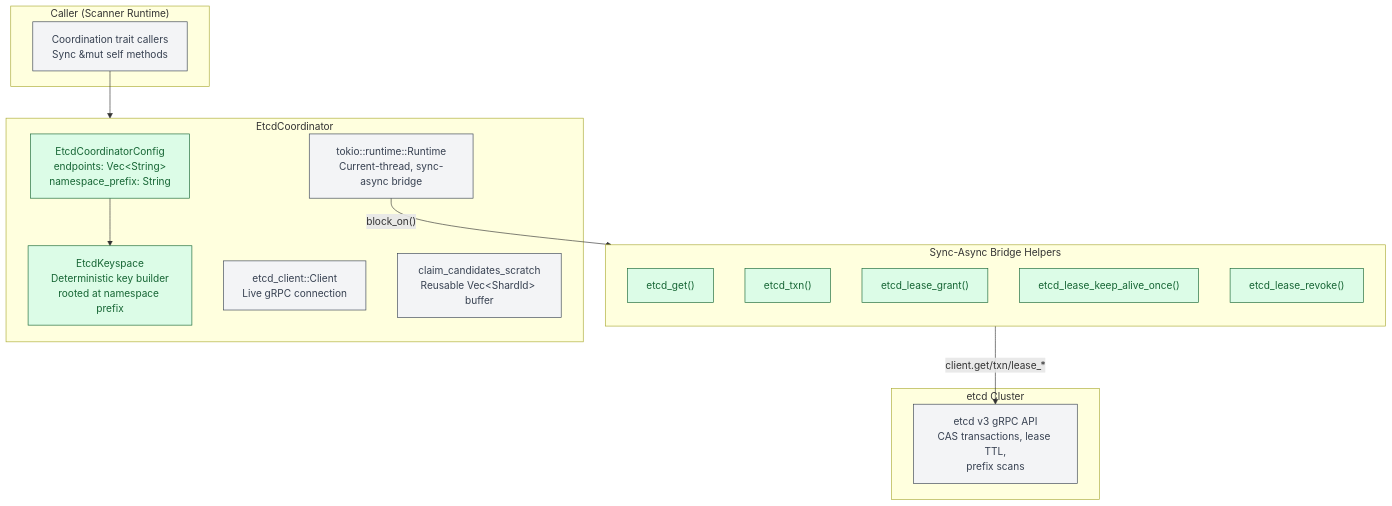
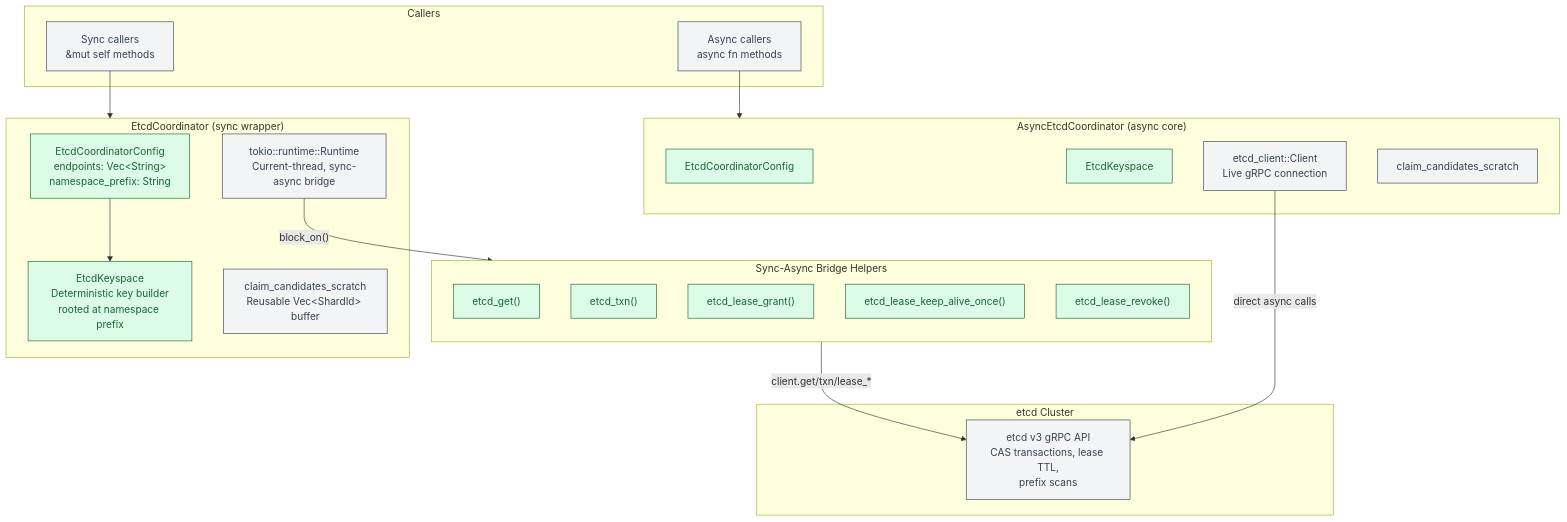
One commit to ahrav/Gossip-rs changed the first of 6 diagrams in diagrams/20-etcd-coordinator-persistence.md. Above: the diagram before and after it, drawn with Mermaid. The commit also changed other lines of this file and 18 other files, not shown here.

````diff
--- a/diagrams/20-etcd-coordinator-persistence.md
+++ b/diagrams/20-etcd-coordinator-persistence.md
@@ -41,49 +50,63 @@
 ```mermaid
 %% Diagram: etcd-backend-architecture
 graph TB
-    subgraph caller ["Caller (Scanner Runtime)"]
-        SR["Coordination trait callers<br/>Sync &amp;mut self methods"]
+    subgraph caller ["Callers"]
+        SR_SYNC["Sync callers<br/>&amp;mut self methods"]
+        SR_ASYNC["Async callers<br/>async fn methods"]
     end
 
-    subgraph etcd_coord ["EtcdCoordinator"]
+    subgraph sync_coord ["EtcdCoordinator (sync wrapper)"]
         CONFIG["EtcdCoordinatorConfig<br/>endpoints: Vec&lt;String&gt;<br/>namespace_prefix: String"]
         KS["EtcdKeyspace<br/>Deterministic key builder<br/>rooted at namespace prefix"]
         RT["tokio::runtime::Runtime<br/>Current-thread, sync-async bridge"]
-        CLIENT["etcd_client::Client<br/>Live gRPC connection"]
         SCRATCH["claim_candidates_scratch<br/>Reusable Vec&lt;ShardId&gt; buffer"]
+    end
+
+    subgraph async_coord ["AsyncEtcdCoordinator (async core)"]
+        A_CONFIG["EtcdCoordinatorConfig"]
+        A_KS["EtcdKeyspace"]
+        A_CLIENT["etcd_client::Client<br/>Live gRPC connection"]
+        A_SCRATCH["claim_candidates_scratch"]
     end
 
     subgraph bridge ["Sync-Async Bridge Helpers"]
         direction TB
         GET["etcd_get()"]
         TXN["etcd_txn()"]
         LG["etcd_lease_grant()"]
         LKA["etcd_lease_keep_alive_once()"]
         LR["etcd_lease_revoke()"]
     end
 
     subgraph etcd_cluster ["etcd Cluster"]
         ETCD["etcd v3 gRPC API<br/>CAS transactions, lease TTL,<br/>prefix scans"]
     end
 
-    SR --> etcd_coord
+    SR_SYNC --> sync_coord
+    SR_ASYNC --> async_coord
     CONFIG --> KS
     RT -->|"block_on()"| bridge
     bridge -->|"client.get/txn/lease_*"| ETCD
+    A_CLIENT -->|"direct async calls"| ETCD
 
-    style SR fill:#F3F4F6,stroke:#374151,color:#374151
+    style SR_SYNC fill:#F3F4F6,stroke:#374151,color:#374151
+    style SR_ASYNC fill:#F3F4F6,stroke:#374151,color:#374151
 
     style CONFIG fill:#DCFCE7,stroke:#166534,color:#166534
     style KS fill:#DCFCE7,stroke:#166534,color:#166534
     style RT fill:#F3F4F6,stroke:#374151,color:#374151
-    style CLIENT fill:#F3F4F6,stroke:#374151,color:#374151
     style SCRATCH fill:#F3F4F6,stroke:#374151,color:#374151
+
+    style A_CONFIG fill:#DCFCE7,stroke:#166534,color:#166534
+    style A_KS fill:#DCFCE7,stroke:#166534,color:#166534
+    style A_CLIENT fill:#F3F4F6,stroke:#374151,color:#374151
+    style A_SCRATCH fill:#F3F4F6,stroke:#374151,color:#374151
 
     style GET fill:#DCFCE7,stroke:#166534,color:#166534
     style TXN fill:#DCFCE7,stroke:#166534,color:#166534
     style LG fill:#DCFCE7,stroke:#166534,color:#166534
     style LKA fill:#DCFCE7,stroke:#166534,color:#166534
     style LR fill:#DCFCE7,stroke:#166534,color:#166534
 
     style ETCD fill:#F3F4F6,stroke:#374151,color:#374151
 ```
````
